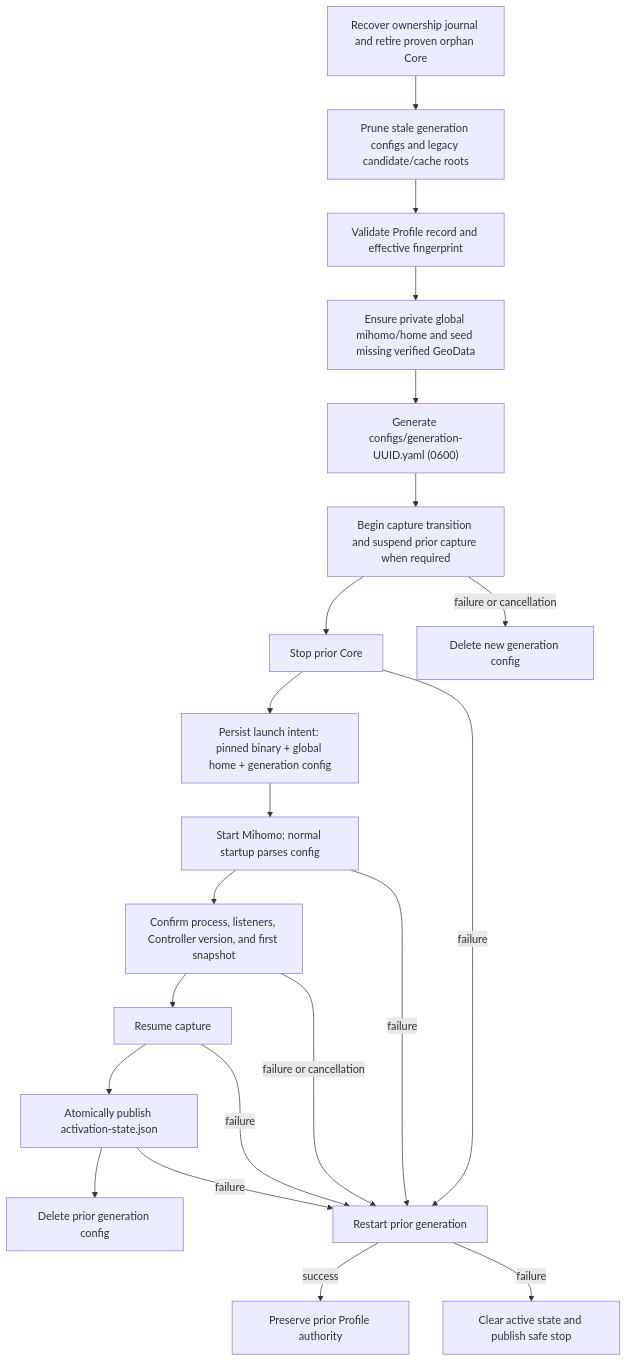
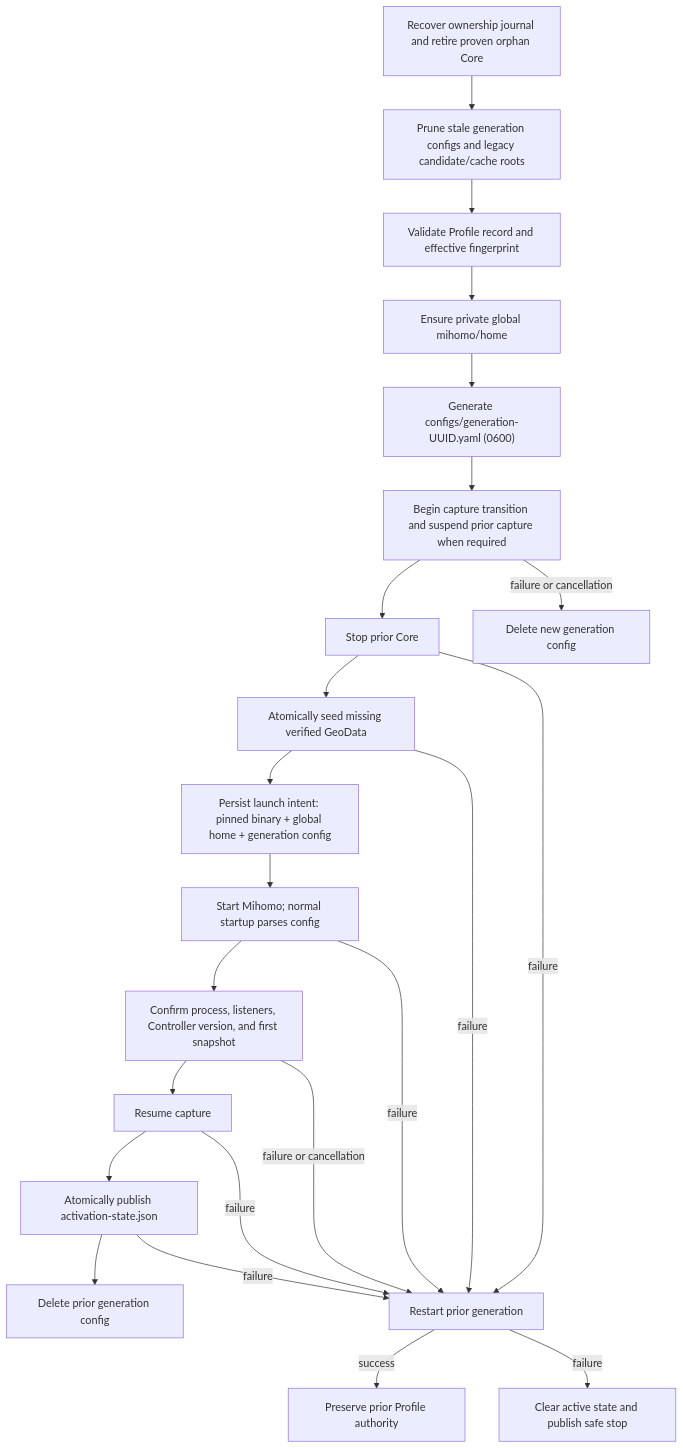
Before and after one commit to Asuka109/mish: the diagram in docs/architecture/candidate-home-isolation.md, drawn with Mermaid. The commit also changed other lines of this file and 2 other files, not shown here.

Commit message:
fix(runtime): harden global home activation

````diff
--- a/docs/architecture/candidate-home-isolation.md
+++ b/docs/architecture/candidate-home-isolation.md
@@ -123,23 +132,25 @@
 ```mermaid
 flowchart TD
   Recover["Recover ownership journal and retire proven orphan Core"] --> Prune["Prune stale generation configs and legacy candidate/cache roots"]
   Prune --> Validate["Validate Profile record and effective fingerprint"]
-  Validate --> Home["Ensure private global mihomo/home and seed missing verified GeoData"]
+  Validate --> Home["Ensure private global mihomo/home"]
   Home --> Config["Generate configs/generation-UUID.yaml (0600)"]
   Config --> Capture["Begin capture transition and suspend prior capture when required"]
   Capture --> Stop["Stop prior Core"]
-  Stop --> Intent["Persist launch intent: pinned binary + global home + generation config"]
+  Stop --> Seed["Atomically seed missing verified GeoData"]
+  Seed --> Intent["Persist launch intent: pinned binary + global home + generation config"]
   Intent --> Start["Start Mihomo; normal startup parses config"]
   Start --> Ready["Confirm process, listeners, Controller version, and first snapshot"]
   Ready --> Resume["Resume capture"]
   Resume --> Commit["Atomically publish activation-state.json"]
   Commit --> Retire["Delete prior generation config"]
   Capture -->|failure or cancellation| Reject["Delete new generation config"]
   Stop -->|failure| Rollback["Restart prior generation"]
+  Seed -->|failure| Rollback
   Start -->|failure| Rollback
   Ready -->|failure or cancellation| Rollback
   Resume -->|failure| Rollback
   Commit -->|failure| Rollback
   Rollback -->|success| Preserve["Preserve prior Profile authority"]
   Rollback -->|failure| SafeStop["Clear active state and publish safe stop"]
 ```
````
